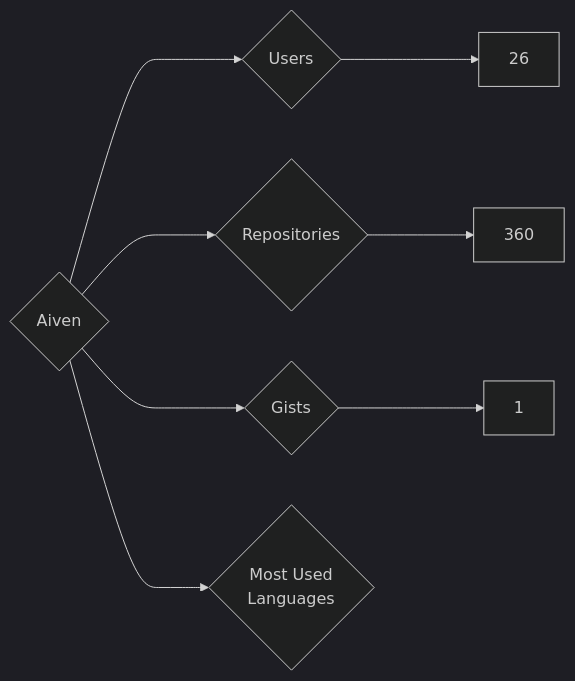
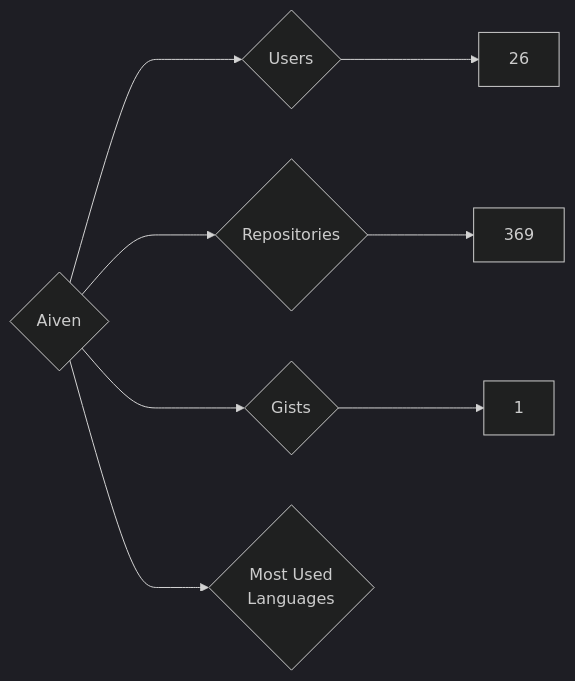
Before and after one commit to nenadzaric/insiders: the diagram in targets/Aiven/README.md, drawn with Mermaid (dark theme). The commit also changed 31 other files, not shown here.

````diff
--- a/targets/Aiven/README.md
+++ b/targets/Aiven/README.md
@@ -3,8 +3,8 @@
 ```mermaid
 graph LR
 COMPANY_NAME{Aiven}
 COMPANY_NAME ---> U{Users} ---> UN[26]
-COMPANY_NAME ---> R{Repositories} ---> RN[360]
+COMPANY_NAME ---> R{Repositories} ---> RN[369]
 COMPANY_NAME ---> G{Gists} ---> GN[1]
 COMPANY_NAME ---> ML{Most Used<br>Languages}
 ```
````
